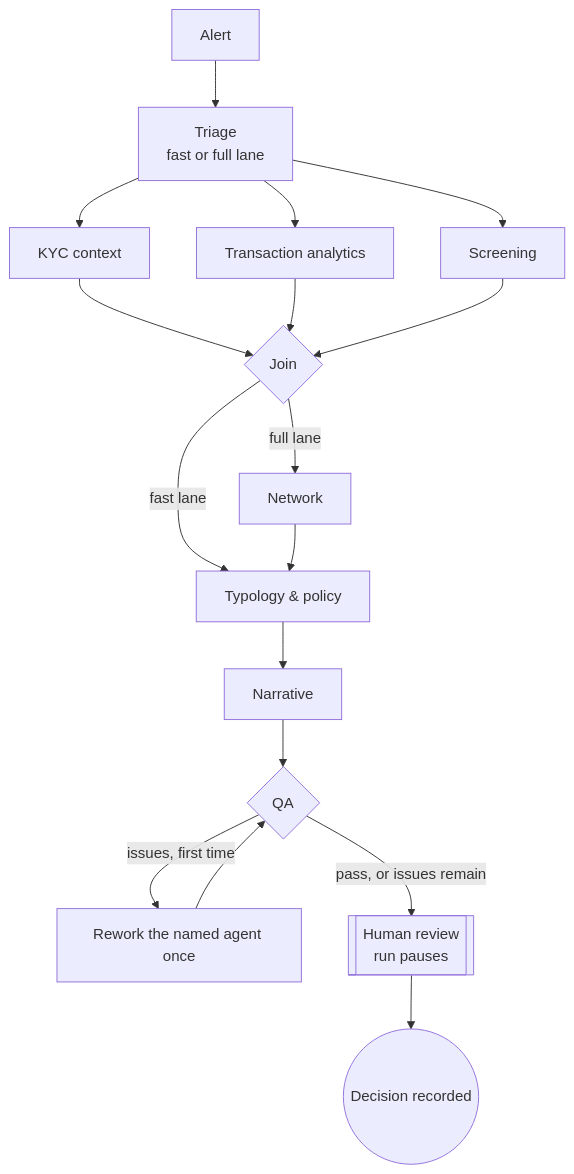
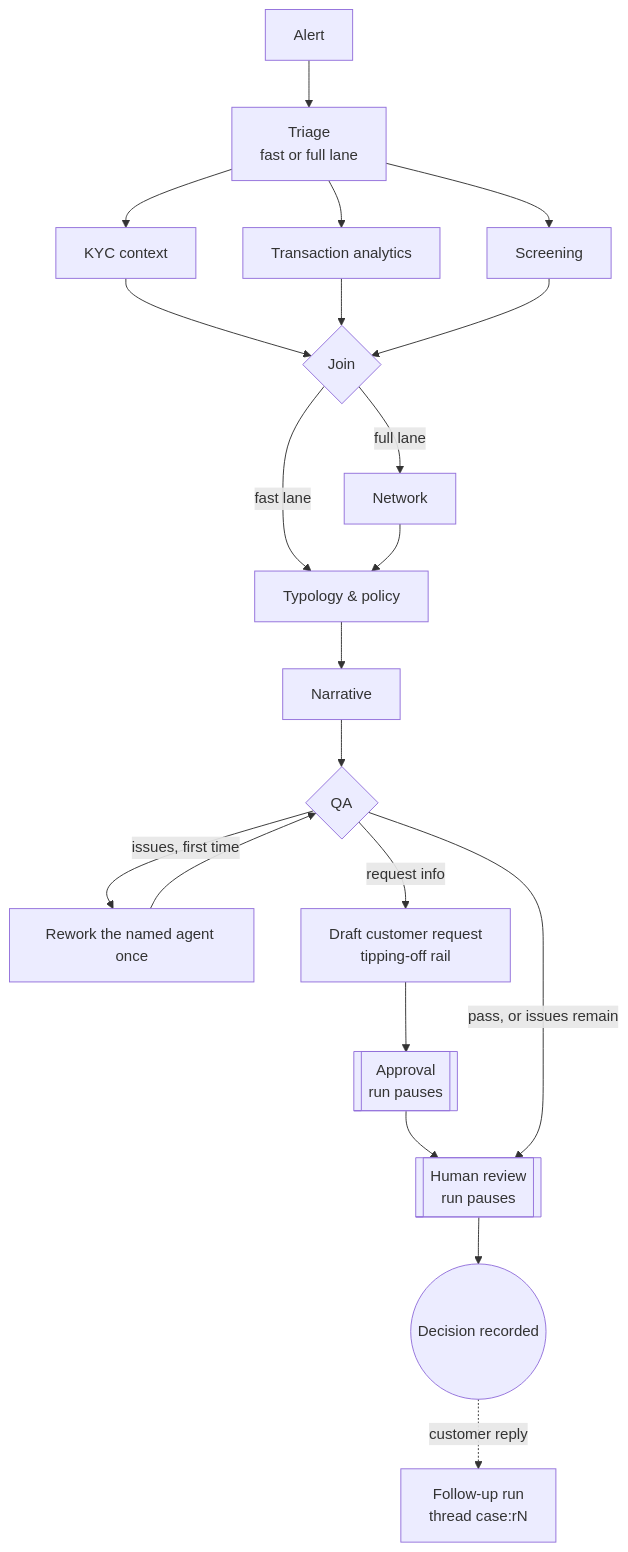
Before and after one commit to airobmaster/sentinel_mas: the diagram in README.md, drawn with Mermaid. The commit also changed other lines of this file and 42 other files, not shown here.

Commit message:
Slice 6: guardrails, customer information requests and follow-ups

````diff
--- a/README.md
+++ b/README.md
@@ -85,19 +93,23 @@
 ```mermaid
 flowchart TD
     A[Alert] --> T[Triage<br/>fast or full lane]
     T --> K[KYC context]
     T --> X[Transaction analytics]
     T --> S[Screening]
     K --> J{Join}
     X --> J
     S --> J
     J -->|full lane| N[Network]
     J -->|fast lane| P[Typology & policy]
     N --> P
     P --> R[Narrative]
     R --> Q{QA}
     Q -->|issues, first time| W[Rework the named agent once]
     W --> Q
+    Q -->|request info| D[Draft customer request<br/>tipping-off rail]
+    D --> AP[[Approval<br/>run pauses]]
+    AP --> H
     Q -->|pass, or issues remain| H[[Human review<br/>run pauses]]
     H --> E((Decision recorded))
+    E -.->|customer reply| F[Follow-up run<br/>thread case:rN]
 ```
````
